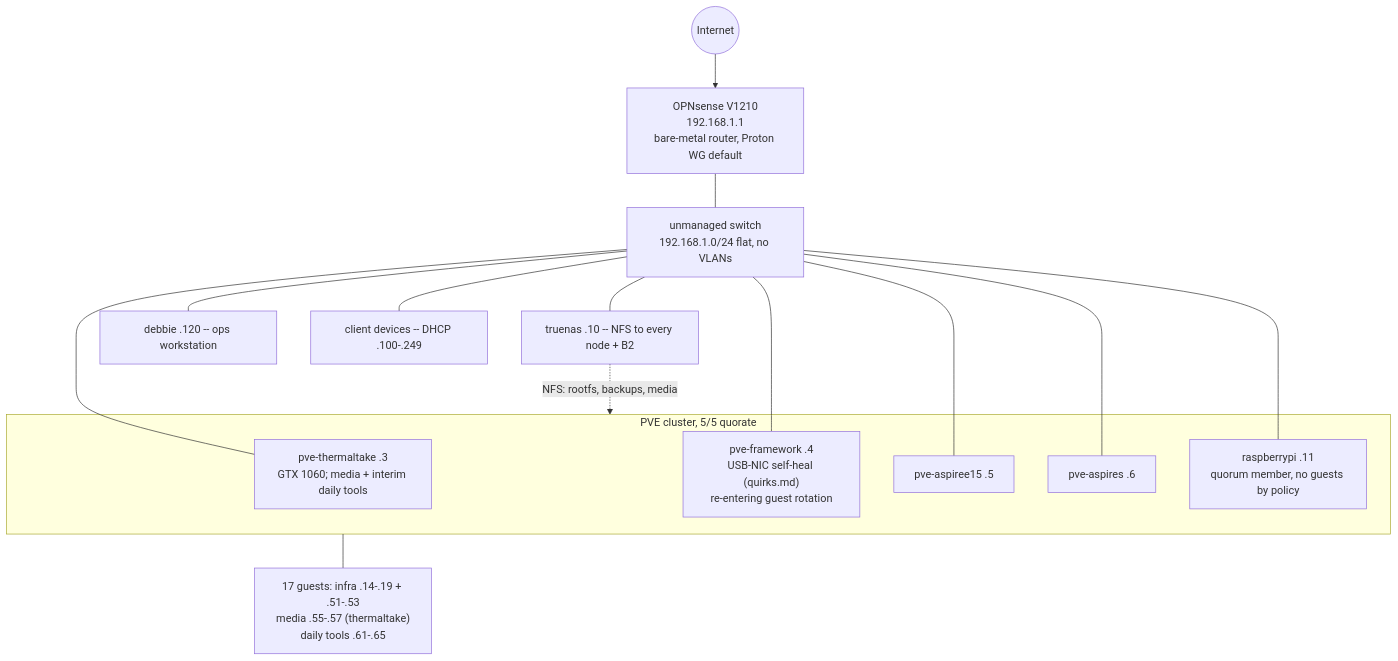
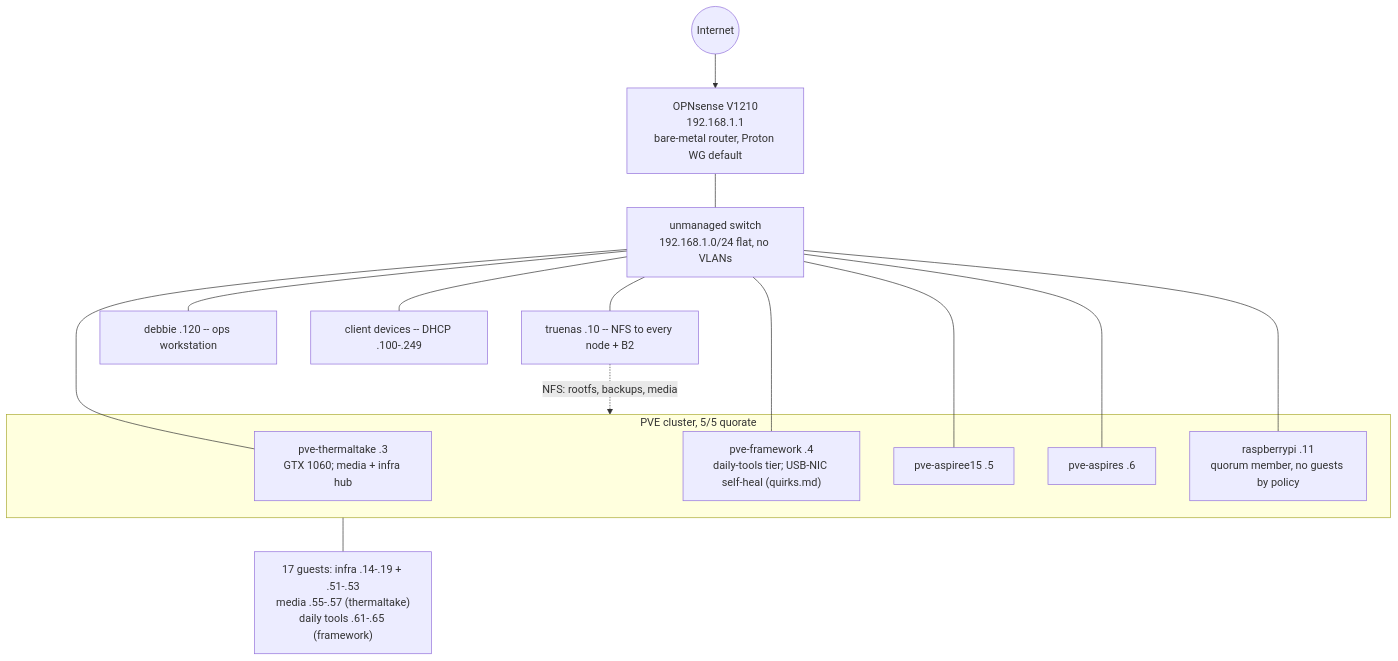
The first of 2 diagrams in docs/network.md (funkybooboo/homelab), drawn with Mermaid before and after one commit. The commit also changed other lines of this file and 8 other files, not shown here.

First line of the commit message:
Rehoming shipped + Quad9 DNS: tools tier on framework, ISP-blind resolver

````diff
--- a/docs/network.md
+++ b/docs/network.md
@@ -9,22 +9,22 @@
 ```mermaid
 flowchart TB
     ISP((Internet)) --> RT["OPNsense V1210<br/>192.168.1.1<br/>bare-metal router, Proton WG default"]
     RT --- SW["unmanaged switch<br/>192.168.1.0/24 flat, no VLANs"]
 
     subgraph NODES["PVE cluster, 5/5 quorate"]
-        TT["pve-thermaltake .3<br/>GTX 1060; media + interim daily tools"]
-        FW["pve-framework .4<br/>USB-NIC self-heal (quirks.md)<br/>re-entering guest rotation"]
+        TT["pve-thermaltake .3<br/>GTX 1060; media + infra hub"]
+        FW["pve-framework .4<br/>daily-tools tier; USB-NIC self-heal (quirks.md)"]
         A15["pve-aspiree15 .5"]
         ASP["pve-aspires .6"]
         RPI["raspberrypi .11<br/>quorum member, no guests by policy"]
     end
 
-    GUESTS["17 guests: infra .14-.19 + .51-.53<br/>media .55-.57 (thermaltake)<br/>daily tools .61-.65"]
+    GUESTS["17 guests: infra .14-.19 + .51-.53<br/>media .55-.57 (thermaltake)<br/>daily tools .61-.65 (framework)"]
     TN["truenas .10 -- NFS to every node + B2"]
     DEB["debbie .120 -- ops workstation"]
     CLIENTS["client devices -- DHCP .100-.249"]
 
     SW --- TT & FW & A15 & ASP & RPI & TN & DEB & CLIENTS
     NODES --- GUESTS
     TN -. "NFS: rootfs, backups, media" .-> NODES
 ```
````
